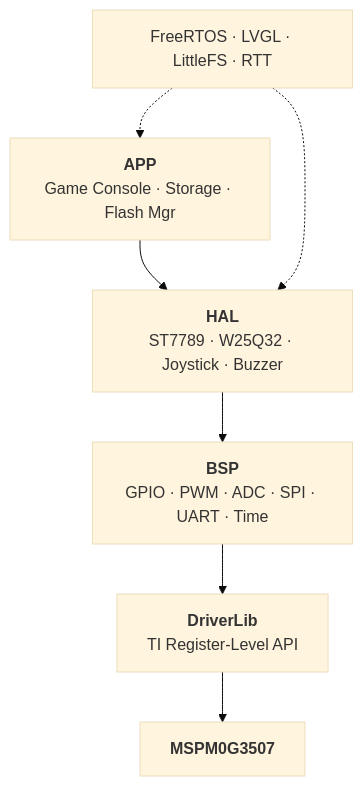
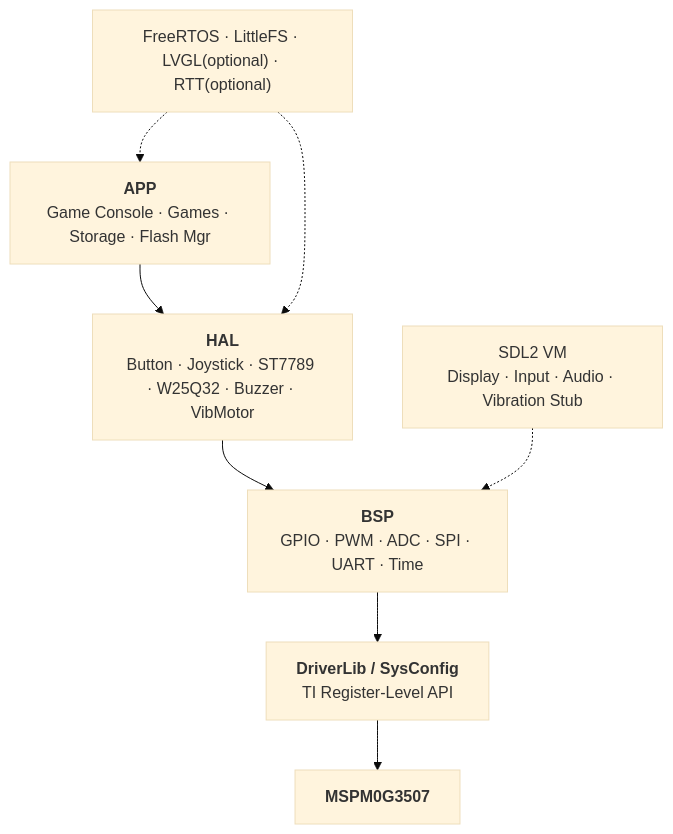
One commit to OohShuo/mspm0g3507_framework changed the diagram in docs/index.md. Above: the diagram before and after it, drawn with Mermaid (base theme). The commit also changed other lines of this file and 62 other files, not shown here.

````diff
--- a/docs/index.md
+++ b/docs/index.md
@@ -22,17 +24,20 @@
 ``` mermaid
 graph TD
-    APP["<b>APP</b><br/>Game Console · Storage · Flash Mgr"]
-    HAL["<b>HAL</b><br/>ST7789 · W25Q32 · Joystick · Buzzer"]
+    APP["<b>APP</b><br/>Game Console · Games · Storage · Flash Mgr"]
+    HAL["<b>HAL</b><br/>Button · Joystick · ST7789 · W25Q32 · Buzzer · VibMotor"]
     BSP["<b>BSP</b><br/>GPIO · PWM · ADC · SPI · UART · Time"]
-    DL["<b>DriverLib</b><br/>TI Register-Level API"]
+    DL["<b>DriverLib / SysConfig</b><br/>TI Register-Level API"]
     MCU["<b>MSPM0G3507</b>"]
 
-    MW["FreeRTOS · LVGL · LittleFS · RTT"]
+    MW["FreeRTOS · LittleFS · LVGL(optional) · RTT(optional)"]
+    VM["SDL2 VM<br/>Display · Input · Audio · Vibration Stub"]
 
     APP --> HAL
     HAL --> BSP
     BSP --> DL
     DL --> MCU
+
     MW -.-> APP
     MW -.-> HAL
+    VM -.-> BSP
 ```
````
